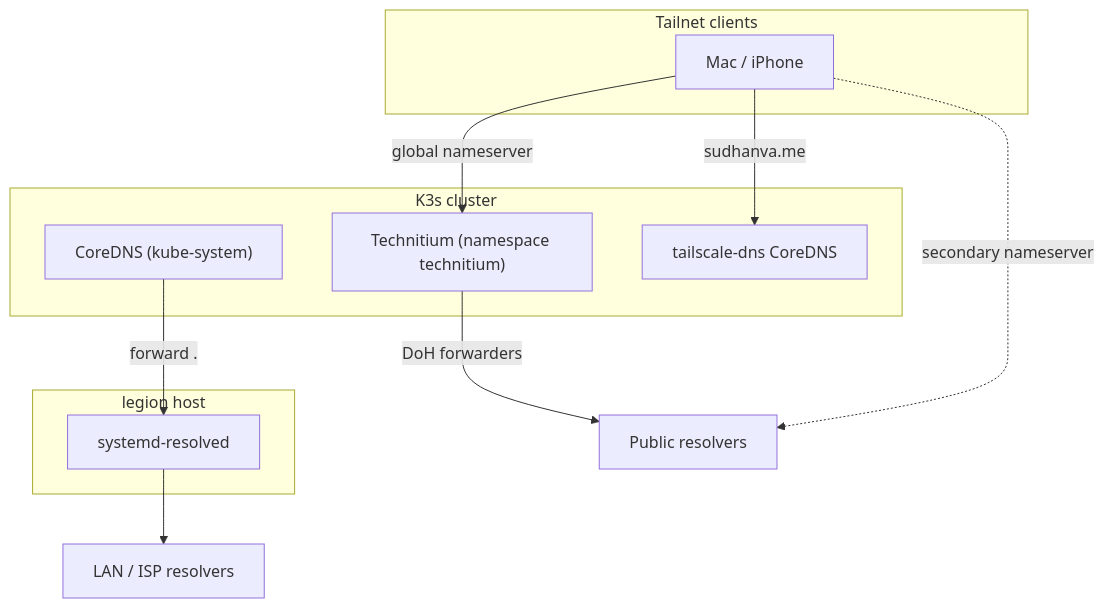
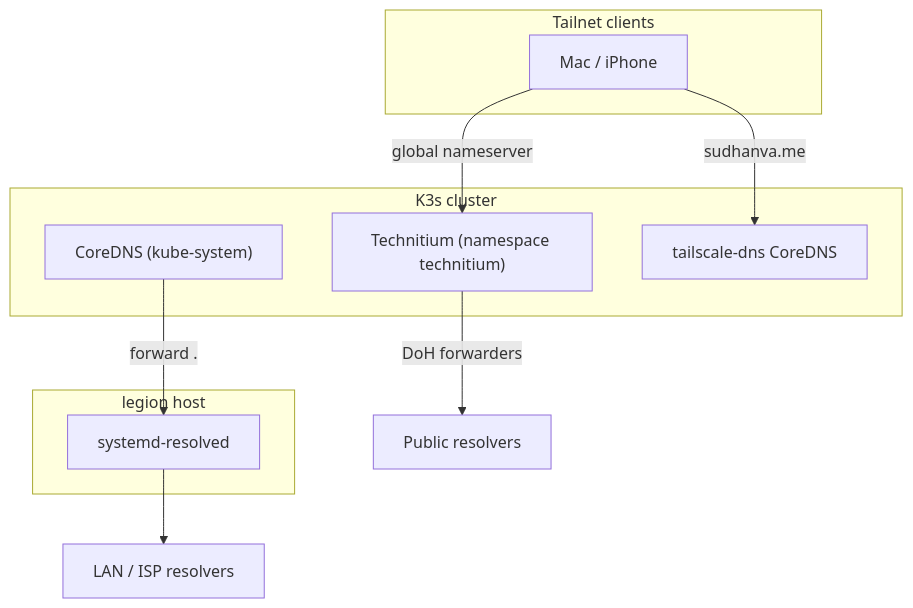
One commit to nsudhanva/homelab changed the diagram in docs/src/content/docs/explanation/node-networking.md. Above: the diagram before and after it, drawn with Mermaid. The commit also changed other lines of this file and 11 other files, not shown here.

````diff
--- a/docs/src/content/docs/explanation/node-networking.md
+++ b/docs/src/content/docs/explanation/node-networking.md
@@ -50,23 +50,22 @@
 ```mermaid
 flowchart TB
     subgraph Tailnet["Tailnet clients"]
         Client["Mac / iPhone"]
     end
     subgraph Node["legion host"]
         Resolved["systemd-resolved"]
     end
     subgraph Cluster["K3s cluster"]
         CoreDNS["CoreDNS (kube-system)"]
         Technitium["Technitium (namespace technitium)"]
         SplitDNS["tailscale-dns CoreDNS"]
     end
     Upstream["LAN / ISP resolvers"]
     Public["Public resolvers"]
 
     Client -->|"global nameserver"| Technitium
     Client -->|"sudhanva.me"| SplitDNS
-    Client -.->|"secondary nameserver"| Public
     Resolved --> Upstream
     CoreDNS -->|"forward ."| Resolved
     Technitium -->|"DoH forwarders"| Public
 ```
````
